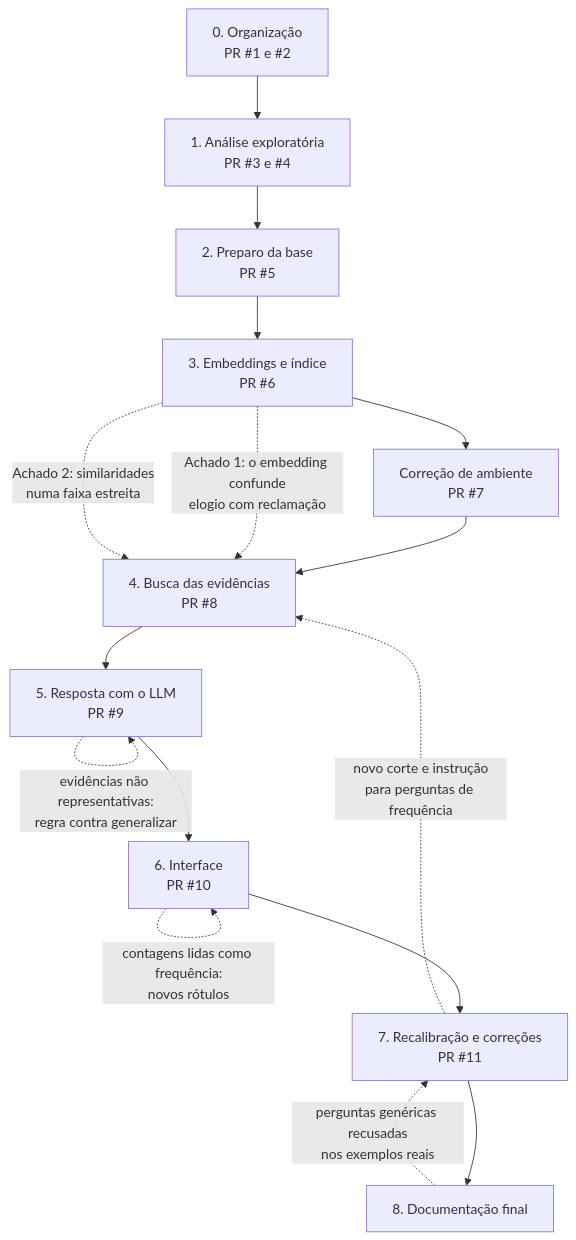
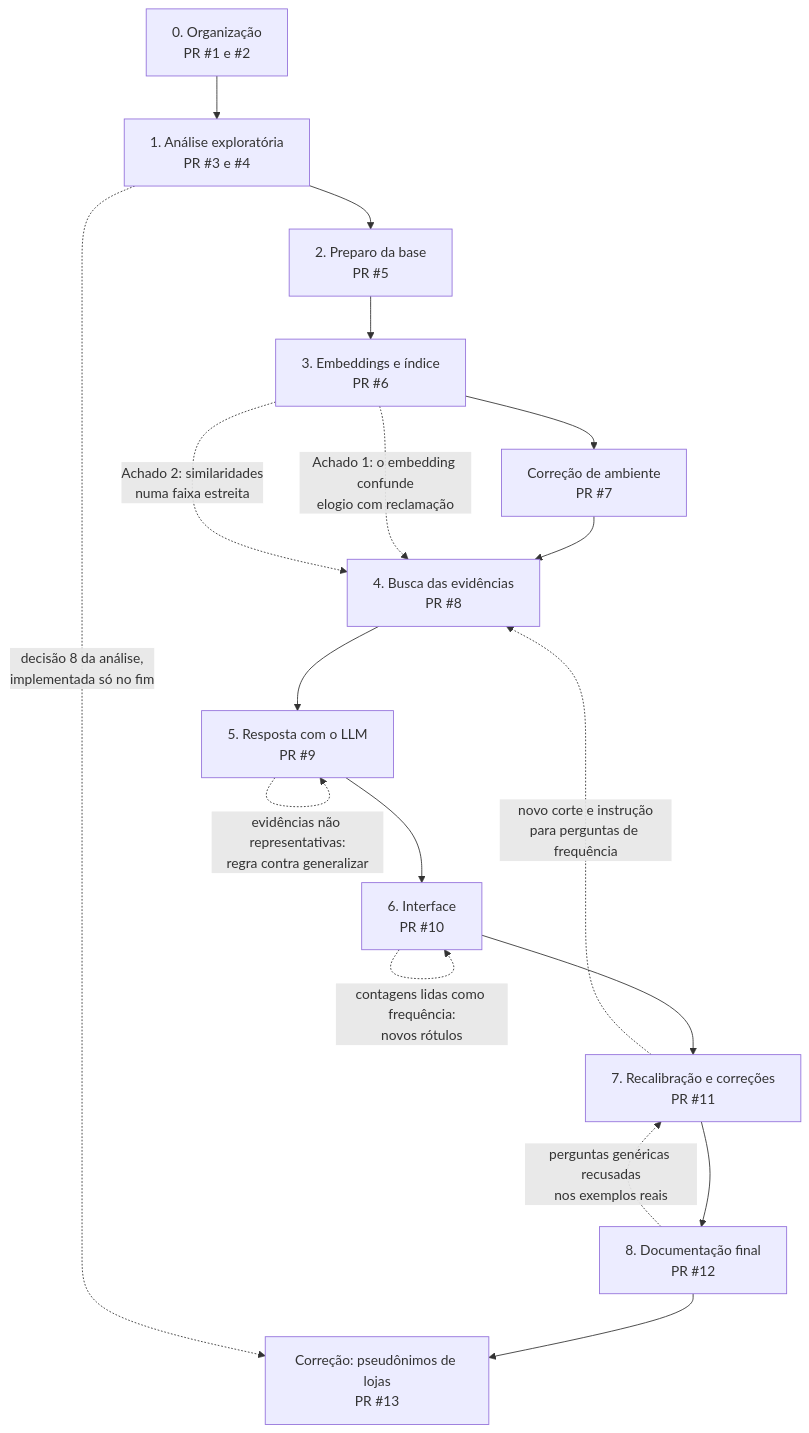
One commit to Dinaldorc/tech-challenge-fase4 changed the diagram in docs/processo.md. Above: the diagram before and after it, drawn with Mermaid. The commit also changed other lines of this file and 5 other files, not shown here.

````diff
--- a/docs/processo.md
+++ b/docs/processo.md
@@ -16,19 +16,21 @@
 ```mermaid
 flowchart TD
     E0["0. Organização<br/>PR #1 e #2"] --> E1["1. Análise exploratória<br/>PR #3 e #4"]
     E1 --> E2["2. Preparo da base<br/>PR #5"]
     E2 --> E3["3. Embeddings e índice<br/>PR #6"]
     E3 --> E3b["Correção de ambiente<br/>PR #7"]
     E3b --> E4["4. Busca das evidências<br/>PR #8"]
     E4 --> E5["5. Resposta com o LLM<br/>PR #9"]
     E5 --> E6["6. Interface<br/>PR #10"]
     E6 --> E7["7. Recalibração e correções<br/>PR #11"]
-    E7 --> E8["8. Documentação final"]
+    E7 --> E8["8. Documentação final<br/>PR #12"]
+    E8 --> E9["Correção: pseudônimos de lojas<br/>PR #13"]
 
     E3 -.->|"Achado 1: o embedding confunde<br/>elogio com reclamação"| E4
     E3 -.->|"Achado 2: similaridades<br/>numa faixa estreita"| E4
     E5 -.->|"evidências não representativas:<br/>regra contra generalizar"| E5
     E6 -.->|"contagens lidas como frequência:<br/>novos rótulos"| E6
     E8 -.->|"perguntas genéricas recusadas<br/>nos exemplos reais"| E7
     E7 -.->|"novo corte e instrução<br/>para perguntas de frequência"| E4
+    E1 -.->|"decisão 8 da análise,<br/>implementada só no fim"| E9
 ```
````
